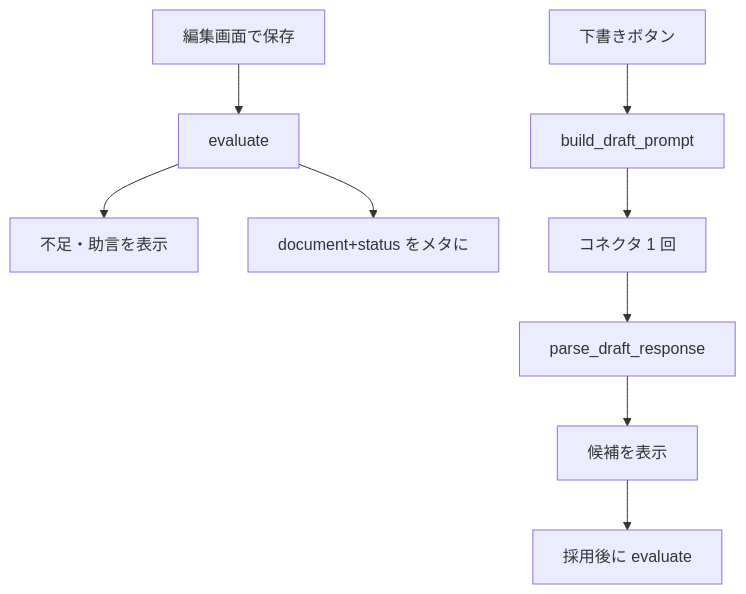
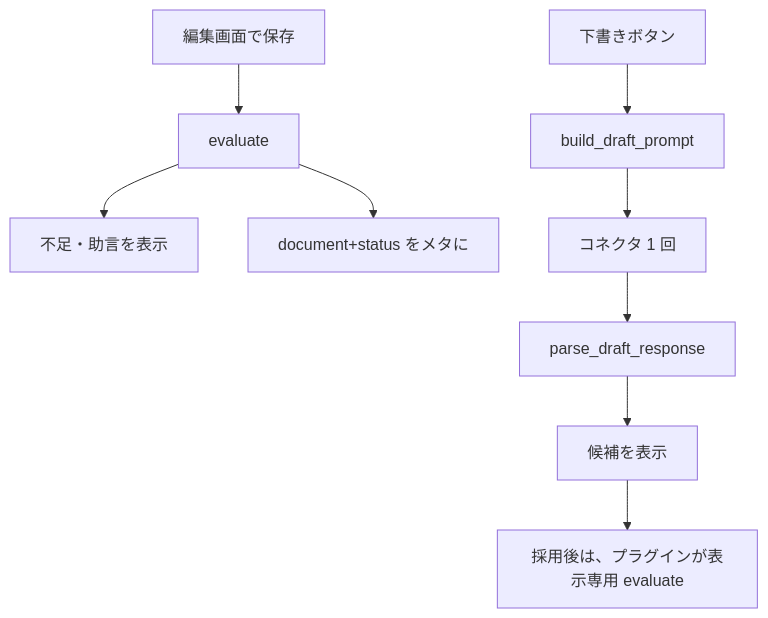
One commit to stein2nd/s2j-webinar-survey-service changed the diagram in docs/interfaces/usage_spec.md. Above: the diagram before and after it, drawn with Mermaid. The commit also changed other lines of this file and 7 other files, not shown here.

````diff
--- a/docs/interfaces/usage_spec.md
+++ b/docs/interfaces/usage_spec.md
@@ -72,11 +74,11 @@
 ```mermaid
 flowchart TD
   A["編集画面で保存"] --> B["evaluate"]
   B --> C["不足・助言を表示"]
   B --> D["document+status をメタに"]
   E["下書きボタン"] --> F["build_draft_prompt"]
   F --> G["コネクタ 1 回"]
   G --> H["parse_draft_response"]
   H --> I["候補を表示"]
-  I --> J["採用後に evaluate"]
+  I --> J["採用後は、プラグインが表示専用 evaluate"]
 ```
````
